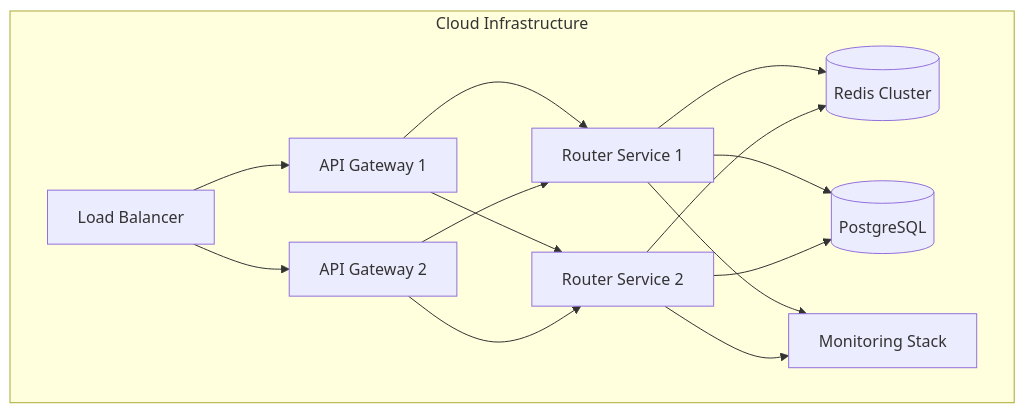
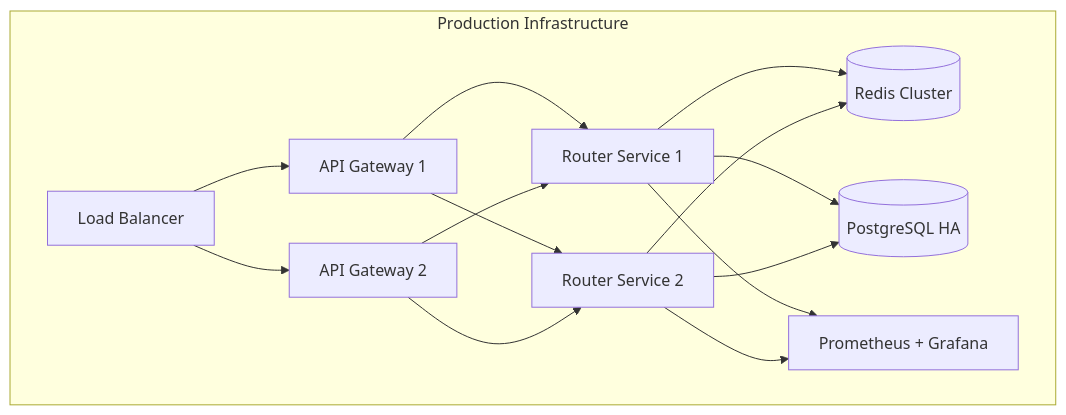
One commit to xrouter-ru/xrouter changed the second of 2 diagrams in docs/architecture/deployment.md. Above: the diagram before and after it, drawn with Mermaid. The commit also changed other lines of this file, not shown here.

````diff
--- a/docs/architecture/deployment.md
+++ b/docs/architecture/deployment.md
@@ -6,21 +114,21 @@
 ```mermaid
 graph TD
-    subgraph Cloud Infrastructure
+    subgraph Production Infrastructure
         LB[Load Balancer] --> API1[API Gateway 1]
         LB --> API2[API Gateway 2]
         
         API1 --> Router1[Router Service 1]
         API1 --> Router2[Router Service 2]
         API2 --> Router1
         API2 --> Router2
         
         Router1 --> Cache[(Redis Cluster)]
         Router2 --> Cache
         
-        Router1 --> DB[(PostgreSQL)]
+        Router1 --> DB[(PostgreSQL HA)]
         Router2 --> DB
         
-        Router1 --> Monitor[Monitoring Stack]
+        Router1 --> Monitor[Prometheus + Grafana]
         Router2 --> Monitor
     end
 ```
````
